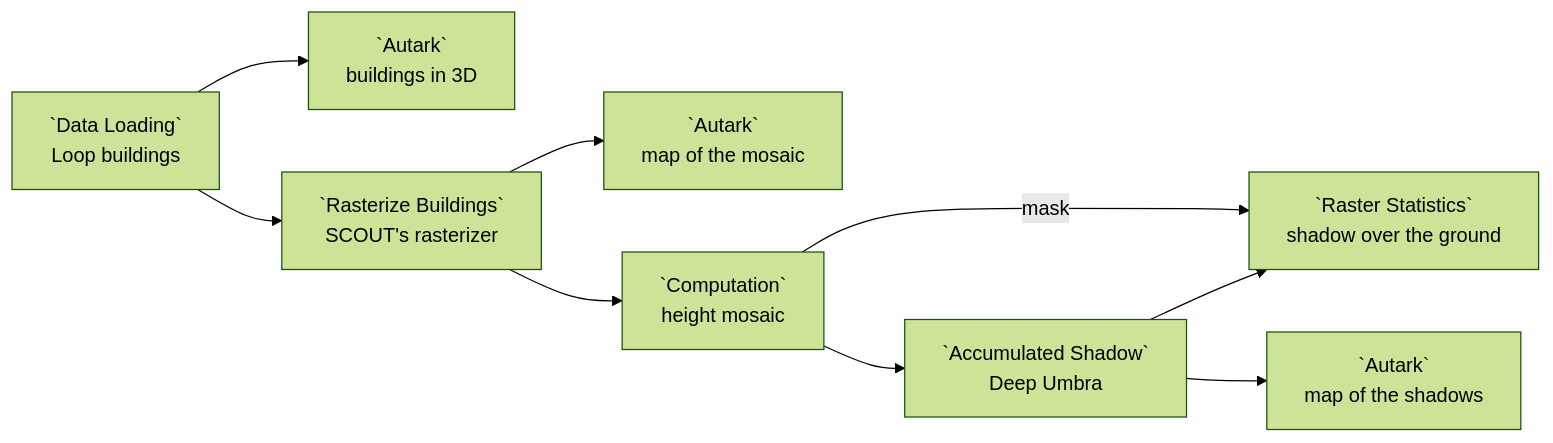
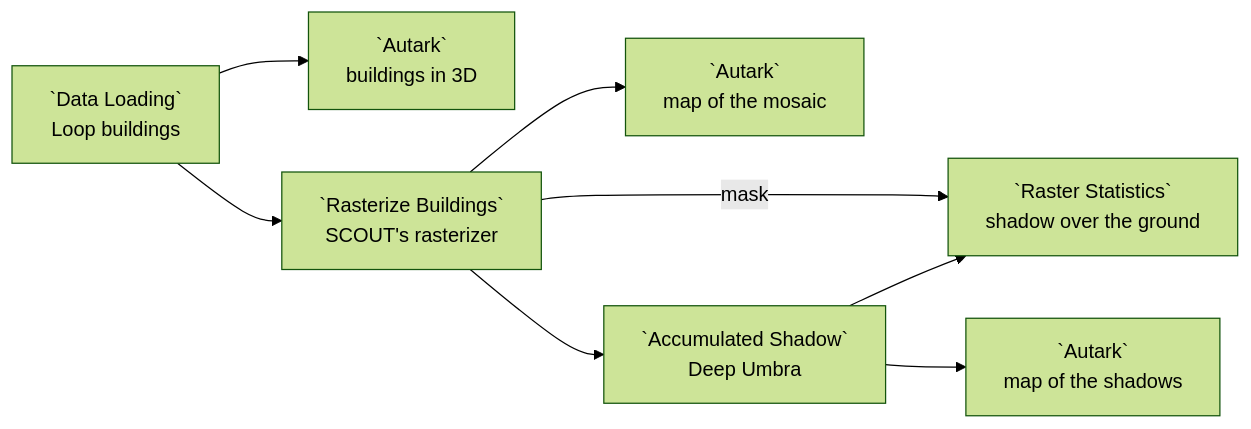
The diagram in docs/examples/24-scout-building-rasters.md (urban-toolkit/curio), drawn with Mermaid (forest theme) before and after one commit. The commit also changed other lines of this file and 60 other files, not shown here.

````diff
--- a/docs/examples/24-scout-building-rasters.md
+++ b/docs/examples/24-scout-building-rasters.md
@@ -16,11 +16,10 @@
 ```mermaid
 flowchart LR
   L[`Data Loading`<br/>Loop buildings] --> F[`Autark`<br/>buildings in 3D]
   L --> R[`Rasterize Buildings`<br/>SCOUT's rasterizer]
   R --> M[`Autark`<br/>map of the mosaic]
-  R --> H[`Computation`<br/>height mosaic]
-  H --> D[`Accumulated Shadow`<br/>Deep Umbra]
+  R --> D[`Accumulated Shadow`<br/>Deep Umbra]
   D --> S[`Raster Statistics`<br/>shadow over the ground]
-  H -- mask --> S
+  R -- mask --> S
   D --> A[`Autark`<br/>map of the shadows]
 ```
````
